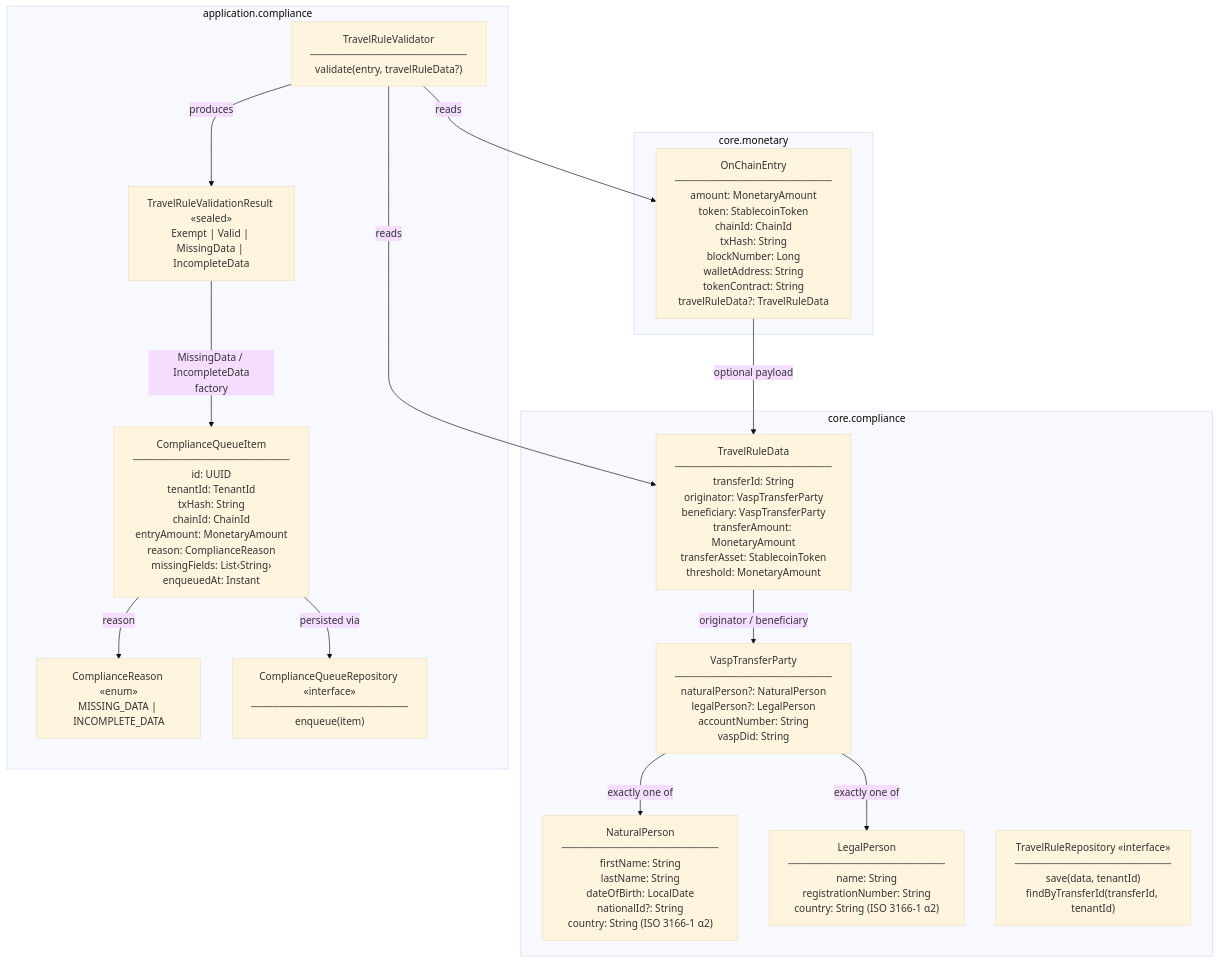
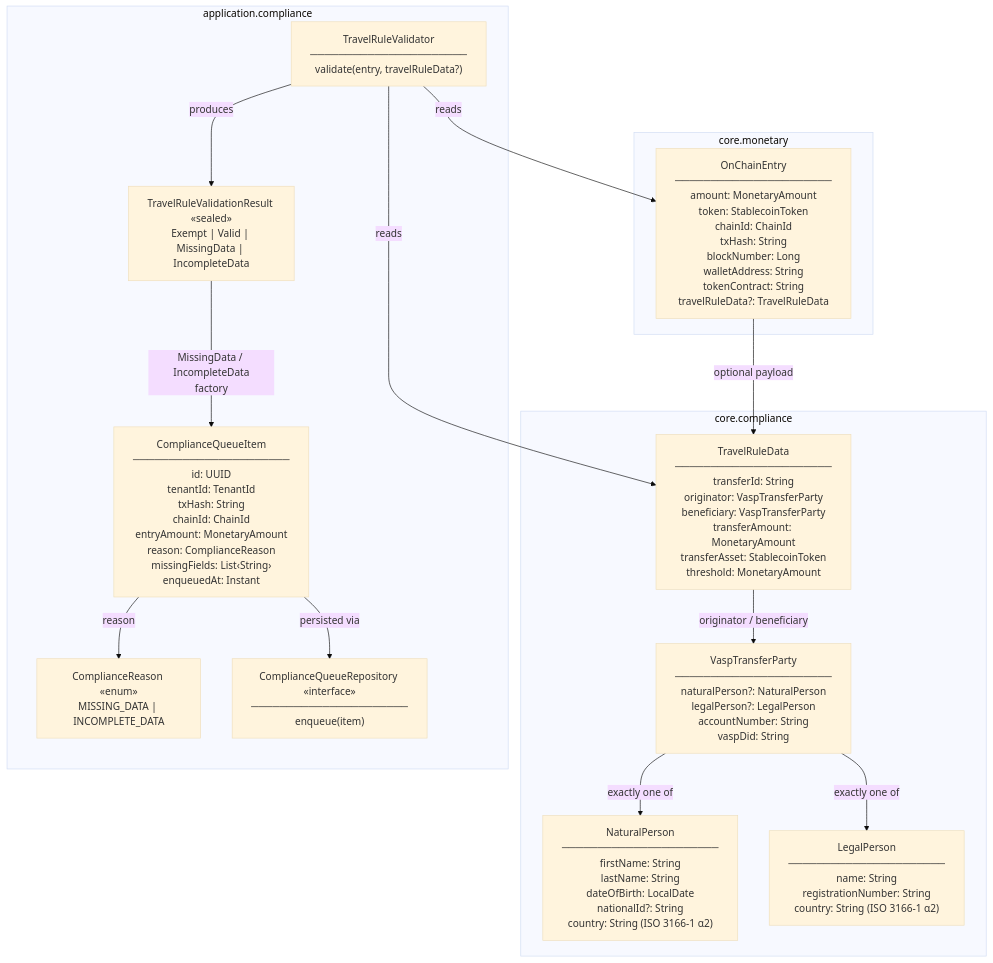
One commit to idem-finance/idem changed the first of 8 diagrams in docs/travel-rule.md. Above: the diagram before and after it, drawn with Mermaid (base theme). The commit also changed other lines of this file and 1 other file, not shown here.

````diff
--- a/docs/travel-rule.md
+++ b/docs/travel-rule.md
@@ -49,33 +49,32 @@
 ```mermaid
 graph TD
     subgraph core.compliance
         TR["TravelRuleData\n──────────────────────\ntransferId: String\noriginator: VaspTransferParty\nbeneficiary: VaspTransferParty\ntransferAmount: MonetaryAmount\ntransferAsset: StablecoinToken\nthreshold: MonetaryAmount"]
         VTP["VaspTransferParty\n──────────────────────\nnaturalPerson?: NaturalPerson\nlegalPerson?: LegalPerson\naccountNumber: String\nvaspDid: String"]
         NP["NaturalPerson\n──────────────────────\nfirstName: String\nlastName: String\ndateOfBirth: LocalDate\nnationalId?: String\ncountry: String (ISO 3166-1 α2)"]
         LP["LegalPerson\n──────────────────────\nname: String\nregistrationNumber: String\ncountry: String (ISO 3166-1 α2)"]
-        REPO["TravelRuleRepository «interface»\n──────────────────────\nsave(data, tenantId)\nfindByTransferId(transferId, tenantId)"]
     end
 
     subgraph application.compliance
         TV["TravelRuleValidator\n──────────────────────\nvalidate(entry, travelRuleData?)"]
         VR["TravelRuleValidationResult «sealed»\nExempt | Valid | MissingData | IncompleteData"]
         CQI["ComplianceQueueItem\n──────────────────────\nid: UUID\ntenantId: TenantId\ntxHash: String\nchainId: ChainId\nentryAmount: MonetaryAmount\nreason: ComplianceReason\nmissingFields: List‹String›\nenqueuedAt: Instant"]
         CR["ComplianceReason «enum»\nMISSING_DATA | INCOMPLETE_DATA"]
         CQR["ComplianceQueueRepository «interface»\n──────────────────────\nenqueue(item)"]
     end
 
     subgraph core.monetary
         OCE["OnChainEntry\n──────────────────────\namount: MonetaryAmount\ntoken: StablecoinToken\nchainId: ChainId\ntxHash: String\nblockNumber: Long\nwalletAddress: String\ntokenContract: String\ntravelRuleData?: TravelRuleData"]
     end
 
     TR  -->|"originator / beneficiary"| VTP
     VTP -->|"exactly one of"| NP
     VTP -->|"exactly one of"| LP
     OCE -->|"optional payload"| TR
     TV  -->|"reads"| OCE
     TV  -->|"reads"| TR
     TV  -->|"produces"| VR
     VR  -->|"MissingData / IncompleteData\nfactory"| CQI
     CQI -->|"reason"| CR
     CQI -->|"persisted via"| CQR
 ```
````
